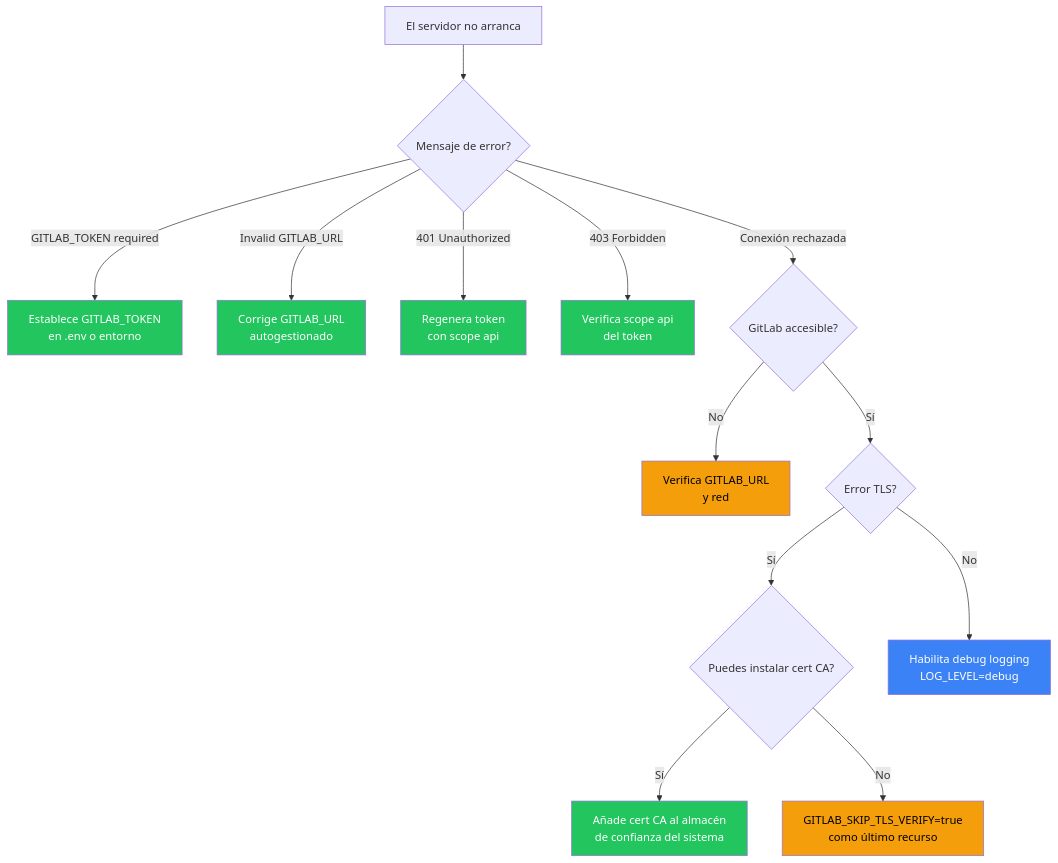
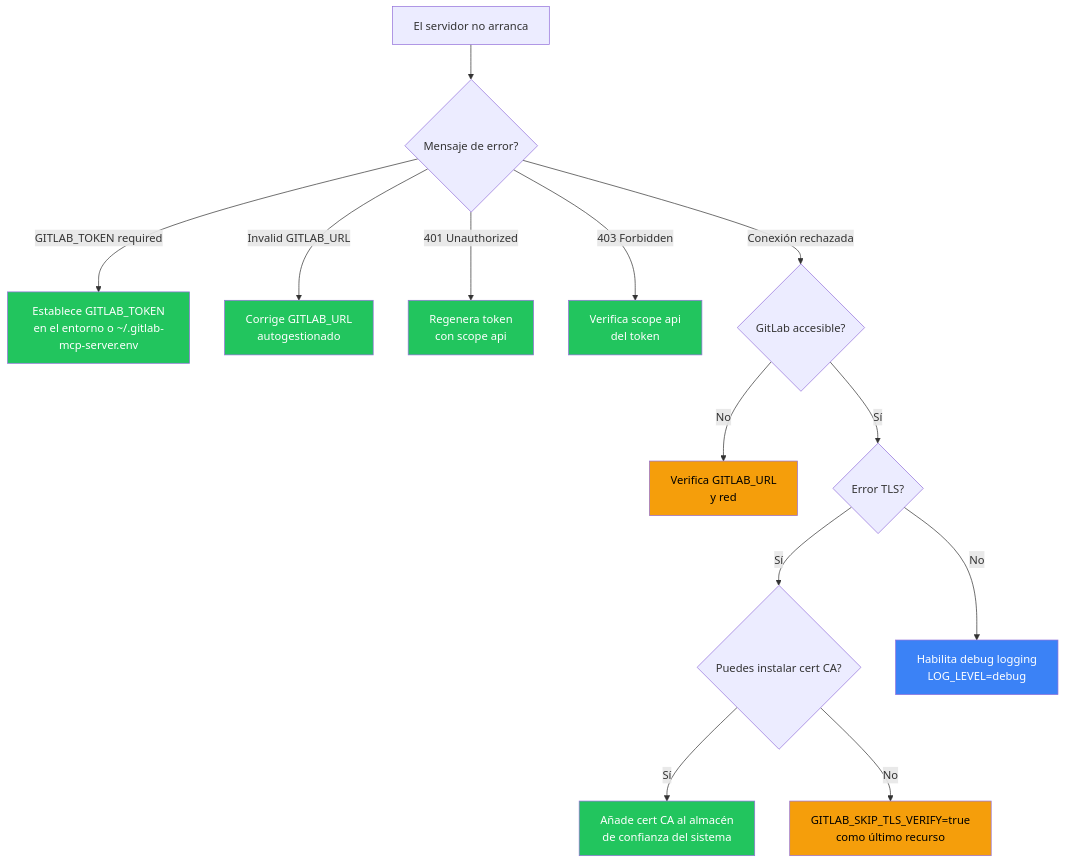
One commit to jmrplens/gitlab-mcp-server changed the diagram in site/src/content/docs/es/operations/troubleshooting.mdx. Above: the diagram before and after it, drawn with Mermaid. The commit also changed other lines of this file and 197 other files, not shown here.

````diff
--- a/site/src/content/docs/es/operations/troubleshooting.mdx
+++ b/site/src/content/docs/es/operations/troubleshooting.mdx
@@ -22,24 +22,24 @@
 ```mermaid
 flowchart TD
     A[El servidor no arranca] --> B{Mensaje de error?}
-    B -->|GITLAB_TOKEN required| C[Establece GITLAB_TOKEN<br/>en .env o entorno]
+    B -->|GITLAB_TOKEN required| C[Establece GITLAB_TOKEN<br/>en el entorno o ~/.gitlab-mcp-server.env]
     B -->|Invalid GITLAB_URL| D[Corrige GITLAB_URL<br/>autogestionado]
     B -->|401 Unauthorized| E[Regenera token<br/>con scope api]
     B -->|403 Forbidden| F[Verifica scope api<br/>del token]
     B -->|Conexión rechazada| G{GitLab accesible?}
     G -->|No| H[Verifica GITLAB_URL<br/>y red]
     G -->|Sí| I{Error TLS?}
     I -->|Sí| J{Puedes instalar cert CA?}
     J -->|Sí| J1[Añade cert CA al almacén<br/>de confianza del sistema]
     J -->|No| J2[GITLAB_SKIP_TLS_VERIFY=true<br/>como último recurso]
     I -->|No| K[Habilita debug logging<br/>LOG_LEVEL=debug]
 
     style C fill:#22c55e,color:#fff
     style D fill:#22c55e,color:#fff
     style E fill:#22c55e,color:#fff
     style F fill:#22c55e,color:#fff
     style H fill:#f59e0b,color:#000
     style J1 fill:#22c55e,color:#fff
     style J2 fill:#f59e0b,color:#000
     style K fill:#3b82f6,color:#fff
 ```
````
